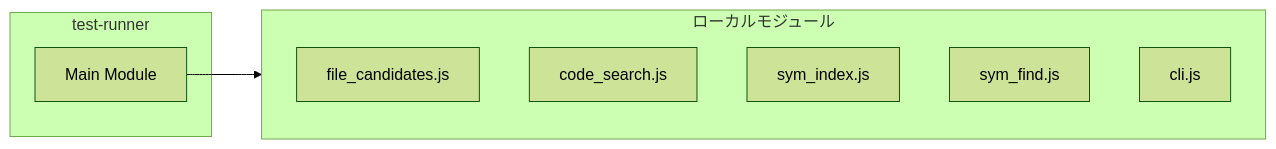
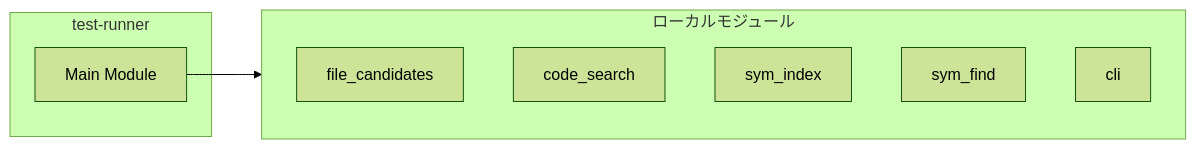
Before and after one commit to Mekann2904/mekann: the second of 3 diagrams in ABDD/.pi/extensions/search/test-runner.md, drawn with Mermaid (forest theme). The commit also changed other lines of this file and 174 other files, not shown here.

First line of the commit message:
fix(docs): ABDDのMermaid図生成エラーを修正する

````diff
--- a/ABDD/.pi/extensions/search/test-runner.md
+++ b/ABDD/.pi/extensions/search/test-runner.md
@@ -55,14 +55,14 @@
 ```mermaid
 flowchart LR
   subgraph this[test-runner]
     main[Main Module]
   end
   subgraph local[ローカルモジュール]
-    file_candidates_js["file_candidates.js"]
-    code_search_js["code_search.js"]
-    sym_index_js["sym_index.js"]
-    sym_find_js["sym_find.js"]
-    cli_js["cli.js"]
+    file_candidates["file_candidates"]
+    code_search["code_search"]
+    sym_index["sym_index"]
+    sym_find["sym_find"]
+    cli["cli"]
   end
   main --> local
 ```
````
